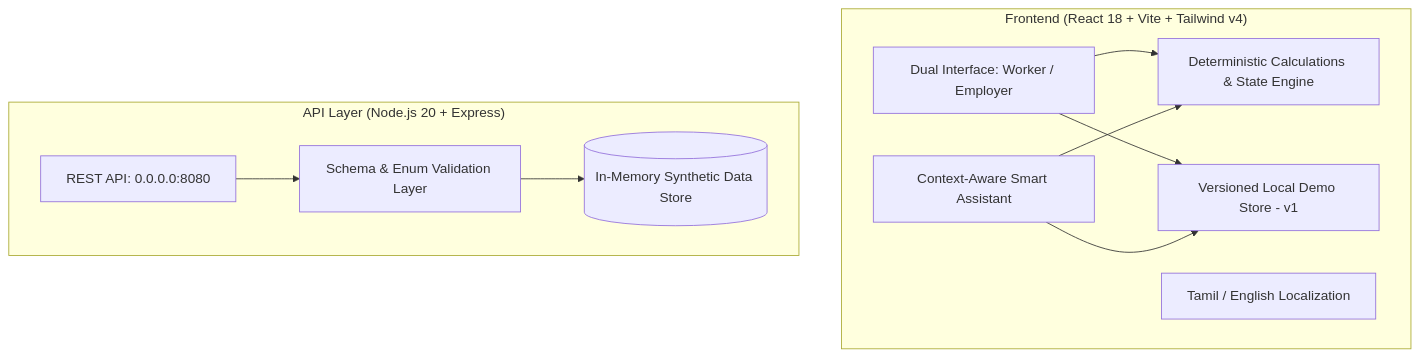
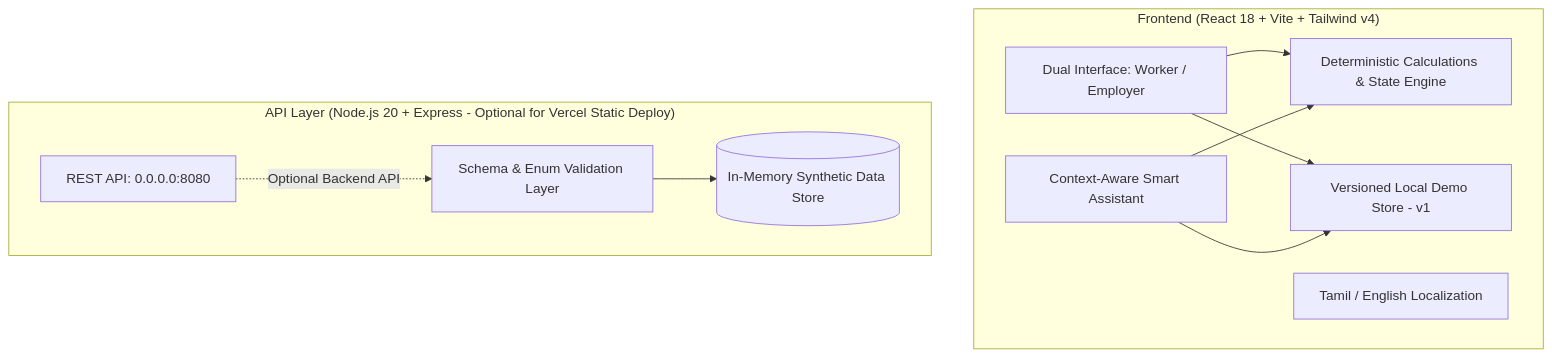
The diagram in README.md (RoshwinNiketh/fairshift), drawn with Mermaid before and after one commit. The commit also changed other lines of this file and 1 other file, not shown here.

Commit message:
chore(freeze): freeze candidate for first submission, verify static Vercel compatibility, and add browser smoke tests

````diff
--- a/README.md
+++ b/README.md
@@ -81,22 +81,22 @@
 ```mermaid
 flowchart TD
     subgraph Client["Frontend (React 18 + Vite + Tailwind v4)"]
         UI[Dual Interface: Worker / Employer]
         AST[Context-Aware Smart Assistant]
         CALC_FE[Deterministic Calculations & State Engine]
         STORE[Versioned Local Demo Store - v1]
         I18N[Tamil / English Localization]
     end
 
-    subgraph Backend["API Layer (Node.js 20 + Express)"]
+    subgraph Backend["API Layer (Node.js 20 + Express - Optional for Vercel Static Deploy)"]
         REST[REST API: 0.0.0.0:8080]
         VAL[Schema & Enum Validation Layer]
         SERVER_STORE[(In-Memory Synthetic Data Store)]
     end
 
     UI --> CALC_FE
     AST --> CALC_FE
     UI --> STORE
     AST --> STORE
-    REST --> VAL --> SERVER_STORE
+    REST -. Optional Backend API .-> VAL --> SERVER_STORE
 ```
````
